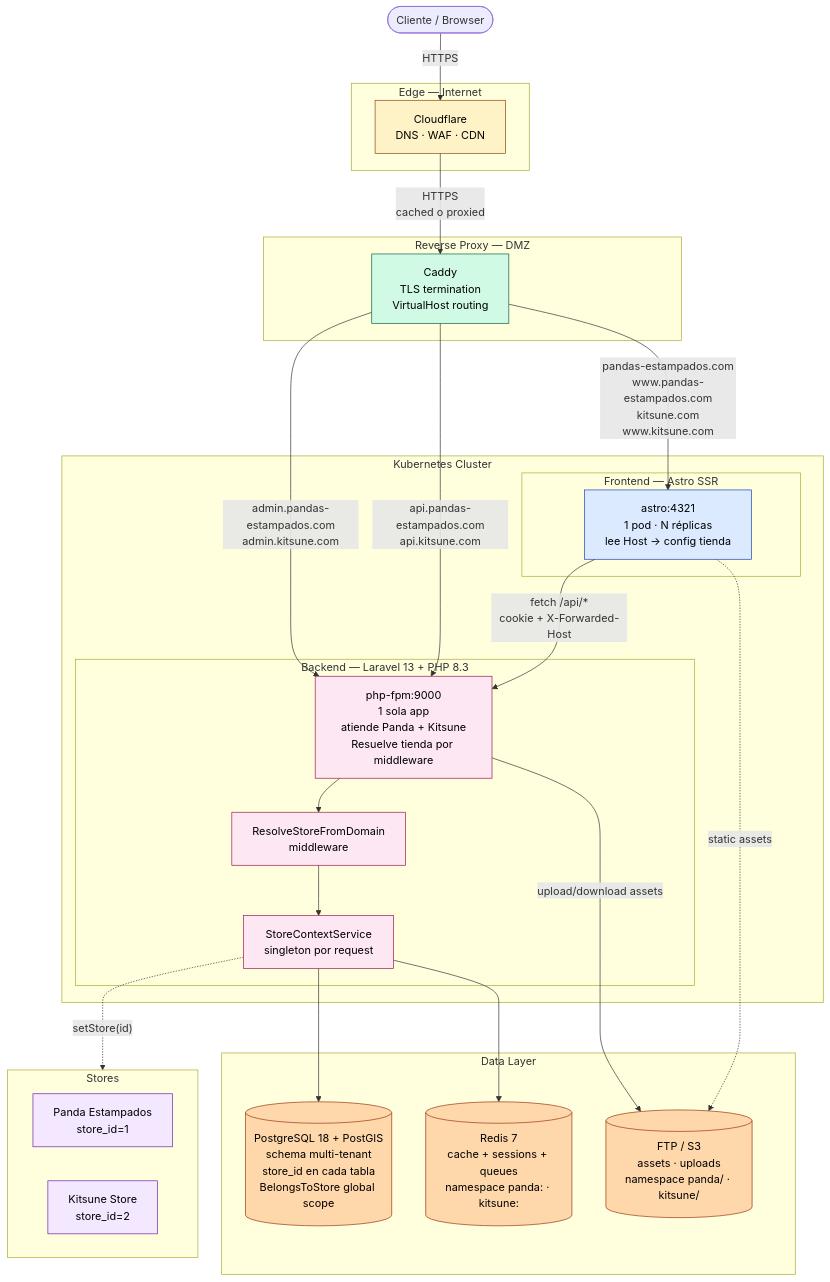
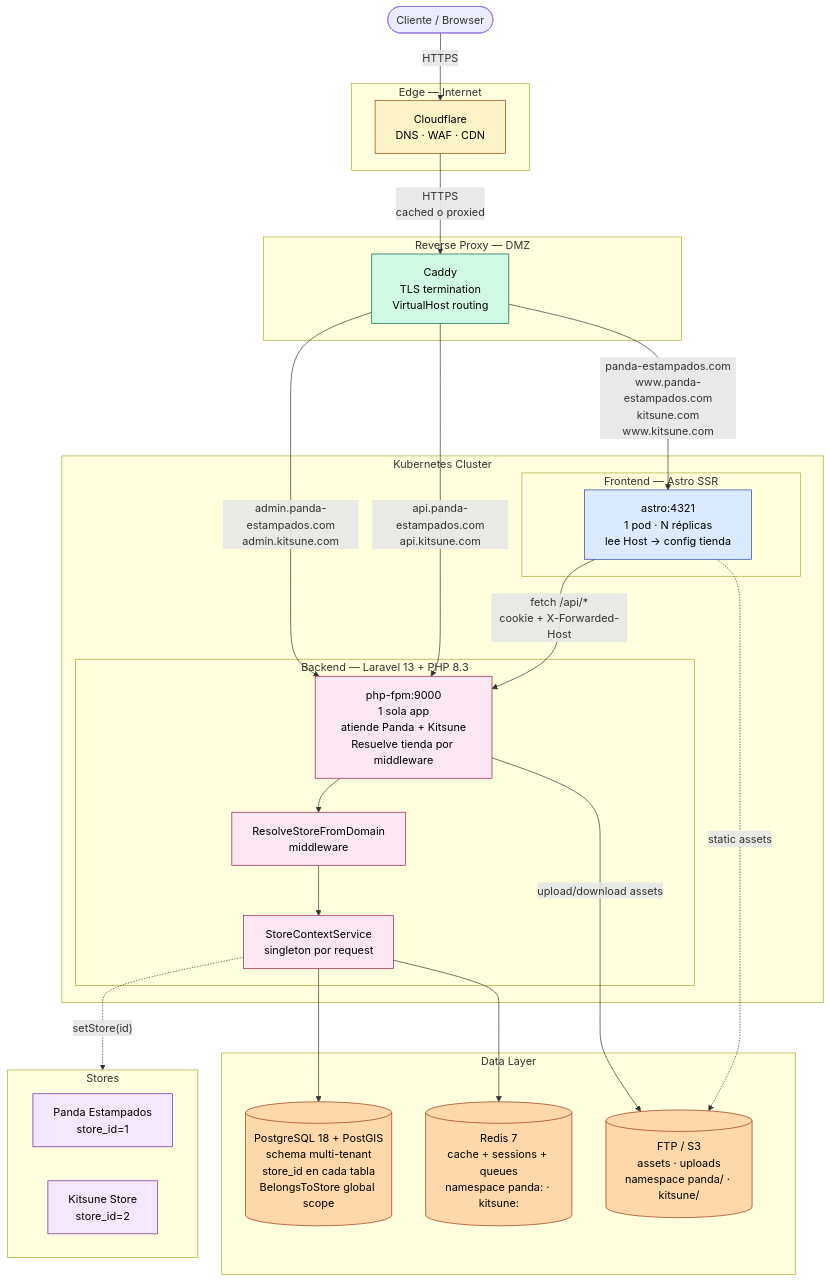
One commit to D4nitrix13/AtlasCommerce changed the first of 4 diagrams in docs/architecture/flow.md. Above: the diagram before and after it, drawn with Mermaid. The commit also changed other lines of this file and 27 other files, not shown here.

````diff
--- a/docs/architecture/flow.md
+++ b/docs/architecture/flow.md
@@ -15,60 +15,60 @@
 ```mermaid
 flowchart TB
     classDef edge fill:#fef3c7,stroke:#92400e,color:#000
     classDef proxy fill:#d1fae5,stroke:#065f46,color:#000
     classDef fe fill:#dbeafe,stroke:#1e40af,color:#000
     classDef be fill:#fce7f3,stroke:#9d174d,color:#000
     classDef store fill:#f3e8ff,stroke:#6b21a8,color:#000
     classDef data fill:#fed7aa,stroke:#9a3412,color:#000
 
     User([Cliente / Browser])
 
     subgraph Edge["Edge — Internet"]
         CF[Cloudflare<br/>DNS · WAF · CDN]:::edge
     end
 
     subgraph CaddyLayer["Reverse Proxy — DMZ"]
         Caddy["Caddy<br/>TLS termination<br/>VirtualHost routing"]:::proxy
     end
 
     subgraph K8s["Kubernetes Cluster"]
         subgraph FE["Frontend — Astro SSR"]
             Astro["astro:4321<br/>1 pod · N réplicas<br/>lee Host → config tienda"]:::fe
         end
         subgraph BE["Backend — Laravel 13 + PHP 8.3"]
             PHP["php-fpm:9000<br/>1 sola app<br/>atiende Panda + Kitsune<br/>Resuelve tienda por middleware"]:::be
             MW["ResolveStoreFromDomain<br/>middleware"]:::be
             SC["StoreContextService<br/>singleton por request"]:::be
         end
     end
 
     subgraph DataLayer["Data Layer"]
         PG[("PostgreSQL 18 + PostGIS<br/>schema multi-tenant<br/>store_id en cada tabla<br/>BelongsToStore global scope")]:::data
         RD[("Redis 7<br/>cache + sessions + queues<br/>namespace panda: · kitsune:")]:::data
         FTP[("FTP / S3<br/>assets · uploads<br/>namespace panda/ · kitsune/")]:::data
     end
 
     User -->|HTTPS| CF
     CF -->|HTTPS<br/>cached o proxied| Caddy
 
-    Caddy -->|"pandas-estampados.com<br/>www.pandas-estampados.com<br/>kitsune.com<br/>www.kitsune.com"| Astro
-    Caddy -->|"admin.pandas-estampados.com<br/>admin.kitsune.com"| PHP
-    Caddy -->|"api.pandas-estampados.com<br/>api.kitsune.com"| PHP
+    Caddy -->|"panda-estampados.com<br/>www.panda-estampados.com<br/>kitsune.com<br/>www.kitsune.com"| Astro
+    Caddy -->|"admin.panda-estampados.com<br/>admin.kitsune.com"| PHP
+    Caddy -->|"api.panda-estampados.com<br/>api.kitsune.com"| PHP
 
     Astro -->|"fetch /api/*<br/>cookie + X-Forwarded-Host"| PHP
 
     PHP --> MW
     MW --> SC
     SC --> PG
     SC --> RD
     PHP -->|"upload/download assets"| FTP
 
     Astro -.->|"static assets"| FTP
 
     subgraph Stores
         S1["Panda Estampados<br/>store_id=1"]:::store
         S2["Kitsune Store<br/>store_id=2"]:::store
     end
 
     SC -.->|"setStore(id)"| Stores
 ```
````
